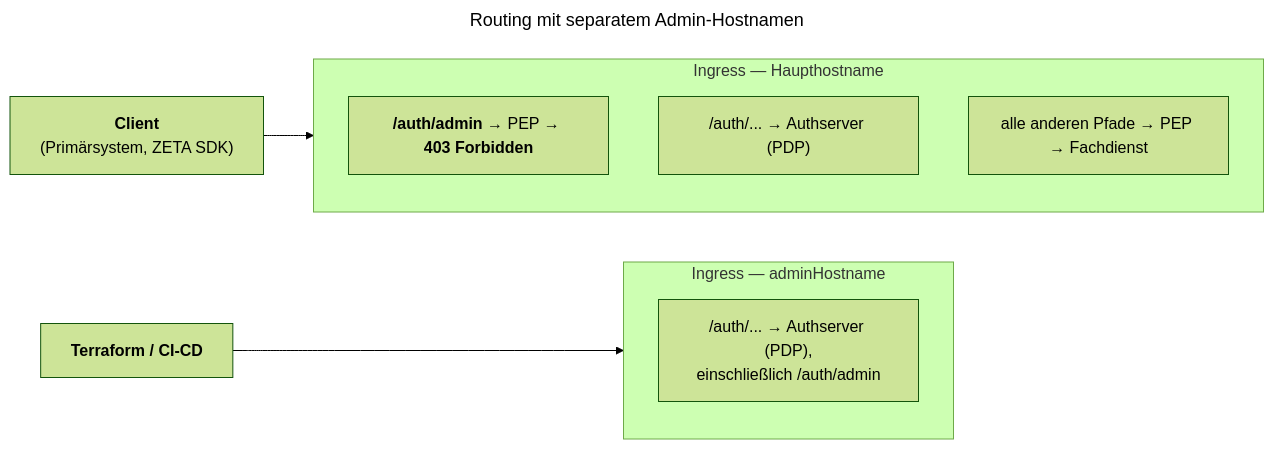
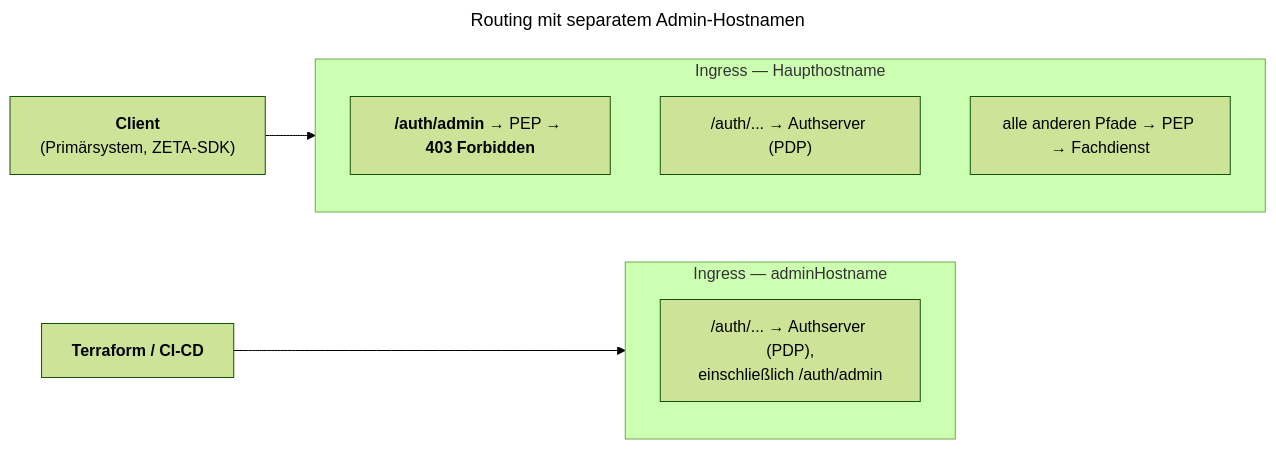
Before and after one commit to gematik/zeta: the diagram in docs/user-manual/Referenzen/Konfigurationshinweise.md, drawn with Mermaid (forest theme). The commit also changed other lines of this file and 51 other files, not shown here.

````diff
--- a/docs/user-manual/Referenzen/Konfigurationshinweise.md
+++ b/docs/user-manual/Referenzen/Konfigurationshinweise.md
@@ -142,24 +129,24 @@
 ```mermaid
 ---
 title: Routing mit separatem Admin-Hostnamen
 ---
 flowchart LR
     Client["`**Client**
-    (Primärsystem, ZETA SDK)`"]
+    (Primärsystem, ZETA-SDK)`"]
     Runner["`**Terraform / CI-CD**`"]
 
     subgraph Pub["`Ingress — Haupthostname`"]
         direction TB
         pa["`**/auth/admin** → PEP → **403 Forbidden**`"]
         pb["`/auth/... → Authserver (PDP)`"]
         pc["`alle anderen Pfade → PEP → Fachdienst`"]
     end
 
     subgraph Adm["`Ingress — adminHostname`"]
         aa["`/auth/... → Authserver (PDP),
         einschließlich /auth/admin`"]
     end
 
     Client --> Pub
     Runner --> Adm
 ```
````
